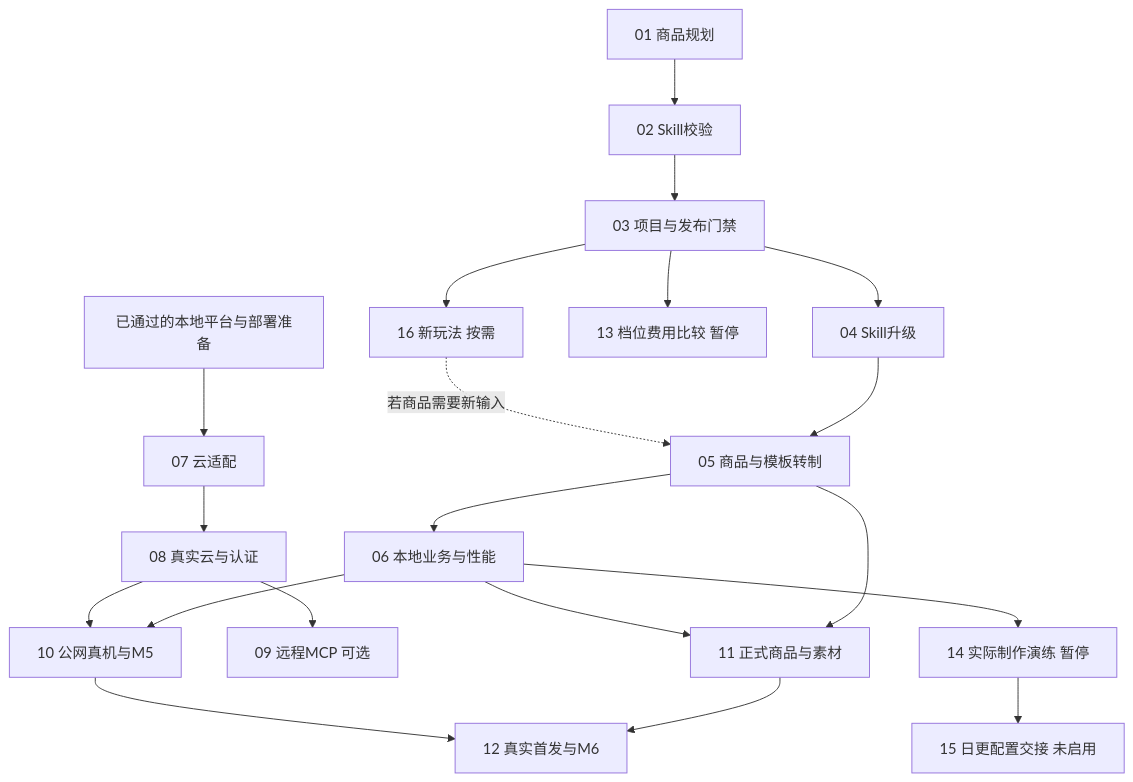
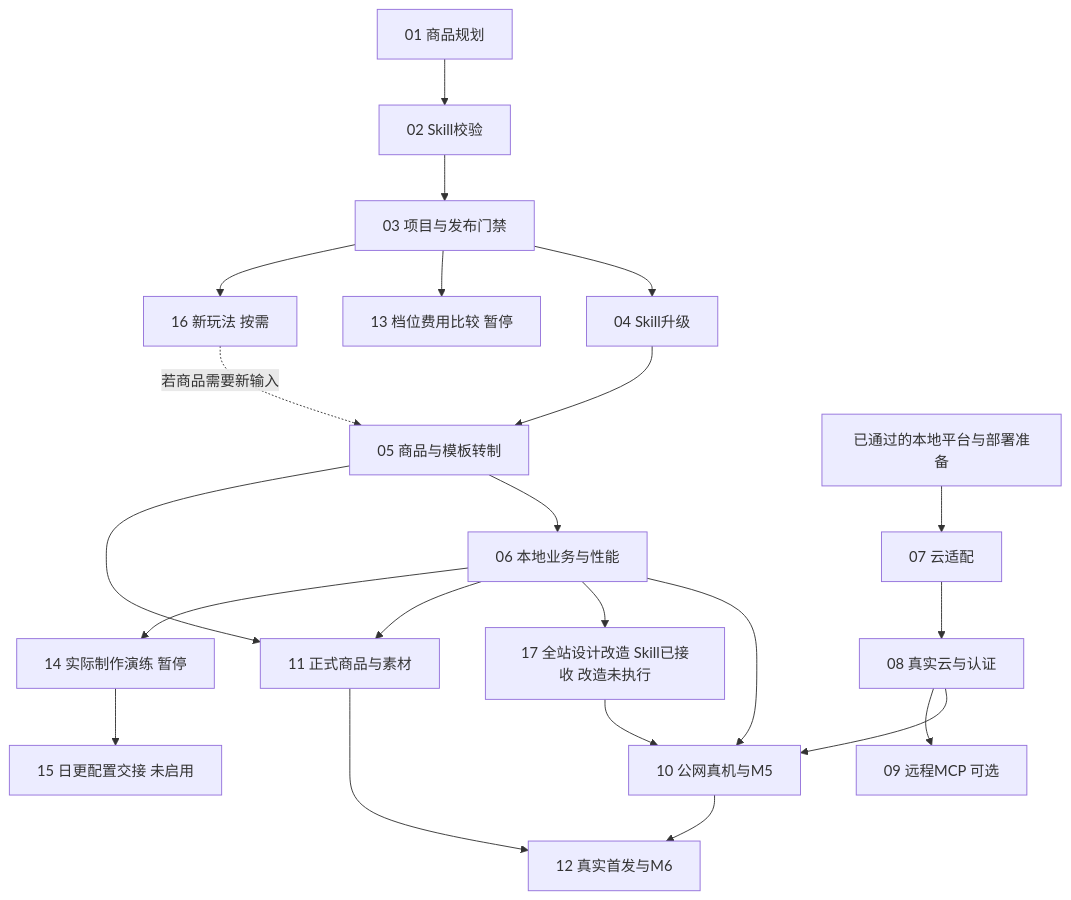
Before and after one commit to mikoe133/Or-Ai: the diagram in prd/v1/tasks/README.md, drawn with Mermaid. The commit also changed other lines of this file and 15 other files, not shown here.

````diff
--- a/prd/v1/tasks/README.md
+++ b/prd/v1/tasks/README.md
@@ -38,22 +39,24 @@
 ```mermaid
 flowchart TD
   A01[01 商品规划] --> A02[02 Skill校验]
   A02 --> A03[03 项目与发布门禁]
   A03 --> A04[04 Skill升级]
   A04 --> A05[05 商品与模板转制]
   A05 --> A06[06 本地业务与性能]
   BASE[已通过的本地平台与部署准备] --> A07[07 云适配]
   A07 --> A08[08 真实云与认证]
   A06 --> A10[10 公网真机与M5]
   A08 --> A10
+  A06 --> A17[17 全站设计改造 Skill已接收 改造未执行]
+  A17 --> A10
   A08 --> A09[09 远程MCP 可选]
   A05 --> A11[11 正式商品与素材]
   A06 --> A11
   A11 --> A12[12 真实首发与M6]
   A10 --> A12
   A03 --> A13[13 档位费用比较 暂停]
   A06 --> A14[14 实际制作演练 暂停]
   A14 --> A15[15 日更配置交接 未启用]
   A03 --> A16[16 新玩法 按需]
   A16 -. 若商品需要新输入 .-> A05
 ```
````
